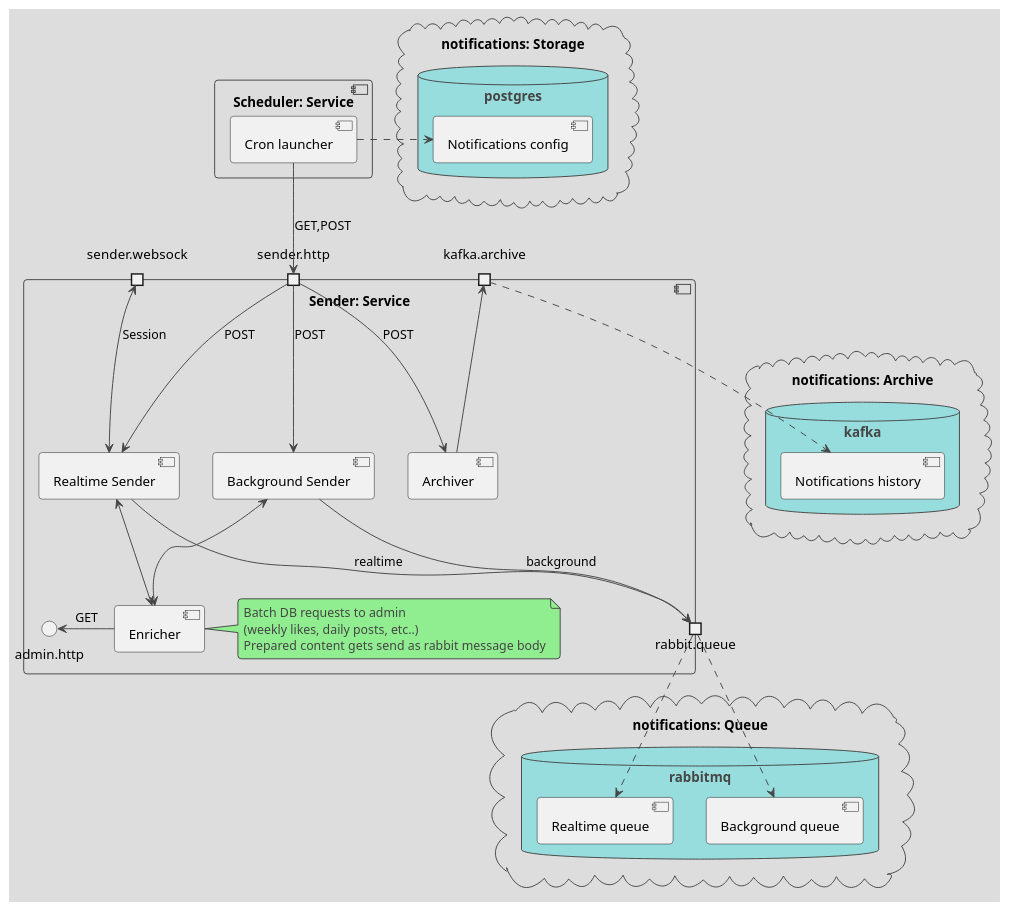
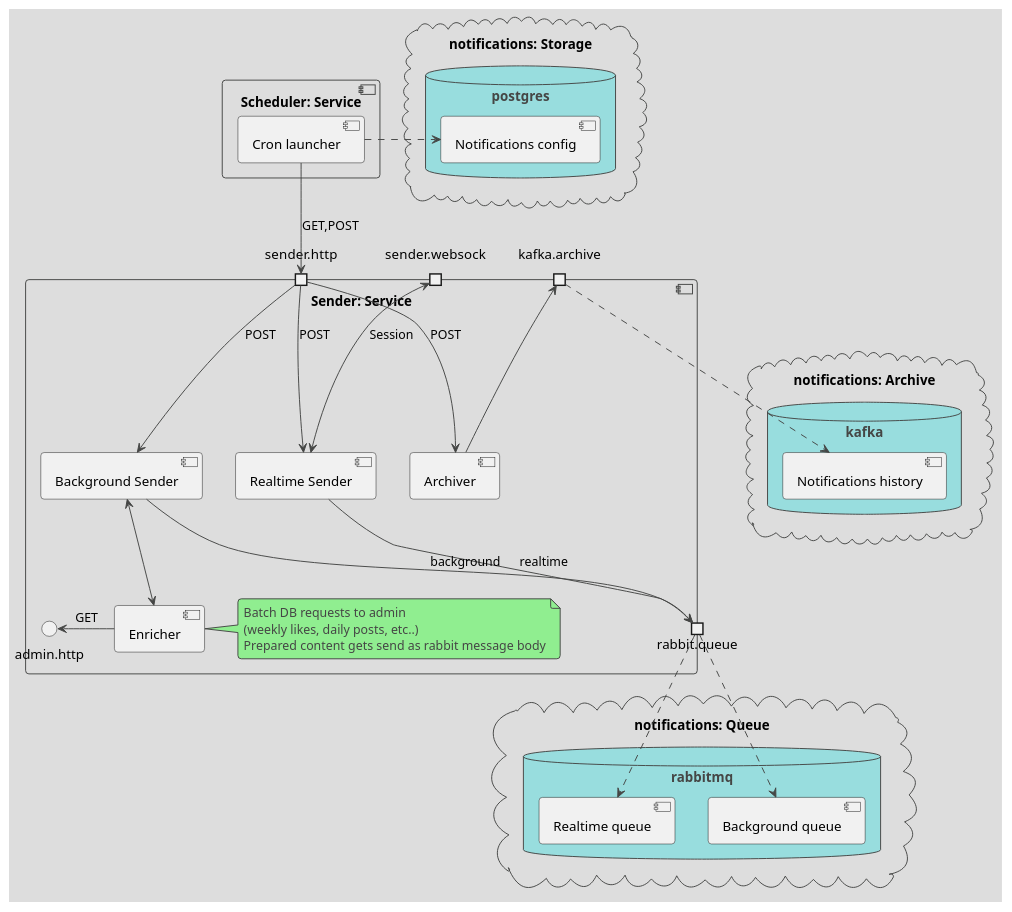
One commit to ilya-spy/notifications_sprint_1 changed the diagram in doc/arch/notifications_sender.puml. Above: the diagram before and after it, drawn with PlantUML. The commit also changed 13 other files, not shown here.

Commit message:
fixed relationships in generation, simpleified flows

```diff
--- a/doc/arch/notifications_sender.puml
+++ b/doc/arch/notifications_sender.puml
@@ -1,75 +1,74 @@
 @startuml "Notifications sender module"
 !theme toy
 '''Часть сервиса уведомлений, отвечающая за создание и администрирование нотификаций'''
 
 
 '''Хранилища и внешние сервисы'''
 cloud "notifications: Storage" {
     database "postgres" {
         [Notifications config]
 
     }
 }
 
 cloud "notifications: Queue" {
     database "rabbitmq" {
         [Realtime queue]
         [Background queue]
     }
 }
 
 cloud "notifications: Archive" {
     database "kafka" {
         [Notifications history]
     }
 }
 
 
 '''Компоненты бизнес-логики'''
 component "Scheduler: Service" {
     'Компоненты службы'
     [Cron launcher]
 }
 
 component "Sender: Service" {
     'Внешние интерфейсы службы'
     port sender.websock
     port sender.http
     
     port kafka.archive
     portout rabbit.queue
 
     'Компоненты службы'
     [Enricher]
     note right of [Enricher]:  Batch DB requests to admin\n(weekly likes, daily posts, etc..)\nPrepared content gets send as rabbit message body
     [Realtime Sender]
     [Background Sender]
     [Archiver]
 
     'Внутренние каналы службы'
-    [Realtime Sender] <--> [Enricher]
     [Background Sender] <--> [Enricher]
 
     'Обслуживание внешних интерфейсы'
     sender.http --> [Background Sender]: POST
     sender.http --> [Archiver]: POST
     sender.http --> [Realtime Sender]: POST
     admin.http  <- [Enricher]: GET
 
     sender.websock <--> [Realtime Sender]: Session
 
     [Archiver] --> kafka.archive
     [Realtime Sender] --> rabbit.queue: realtime
     [Background Sender] --> rabbit.queue: background
 }
 
 
 '''Обслуживание внешних и облачных сервисов'''
 [Cron launcher] .> [Notifications config]
 [Cron launcher] --> sender.http: GET,POST
 
 kafka.archive ..>  [Notifications history]
 rabbit.queue ..> [Background queue]
 rabbit.queue ..> [Realtime queue]
 
 @enduml
```
